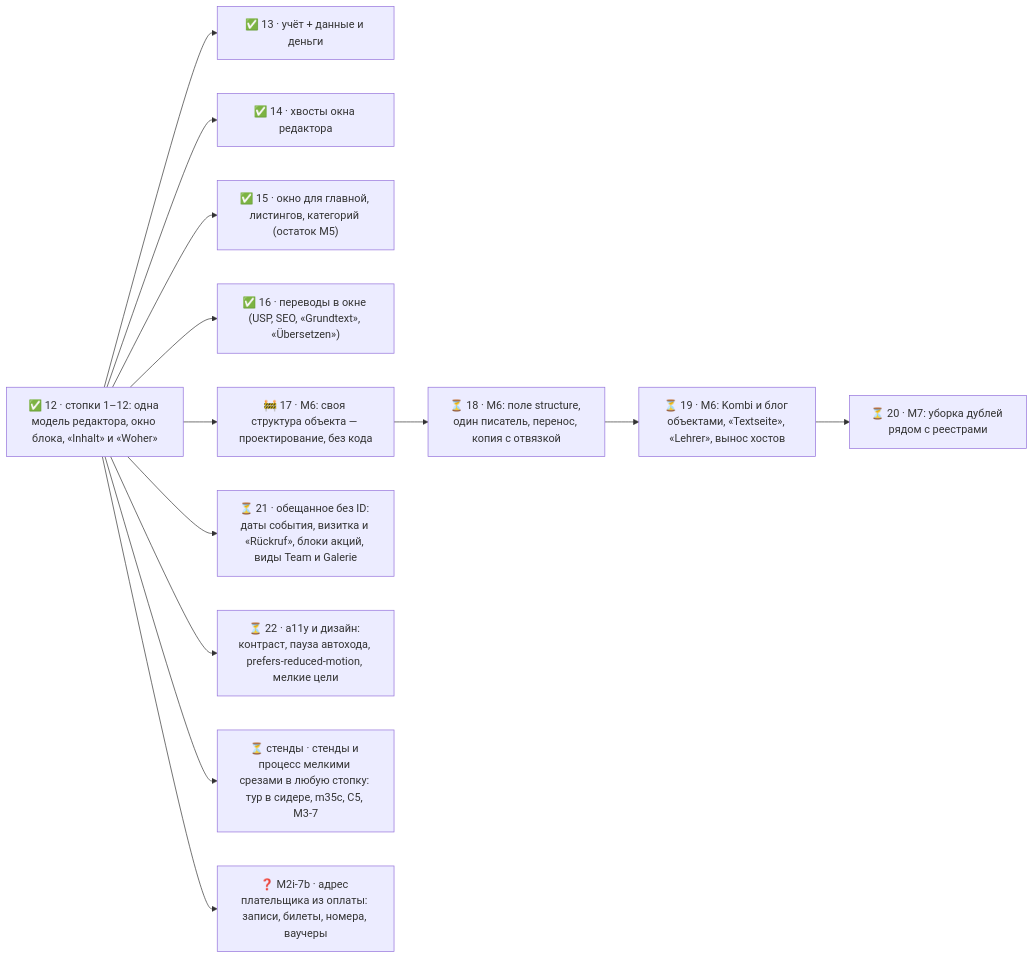
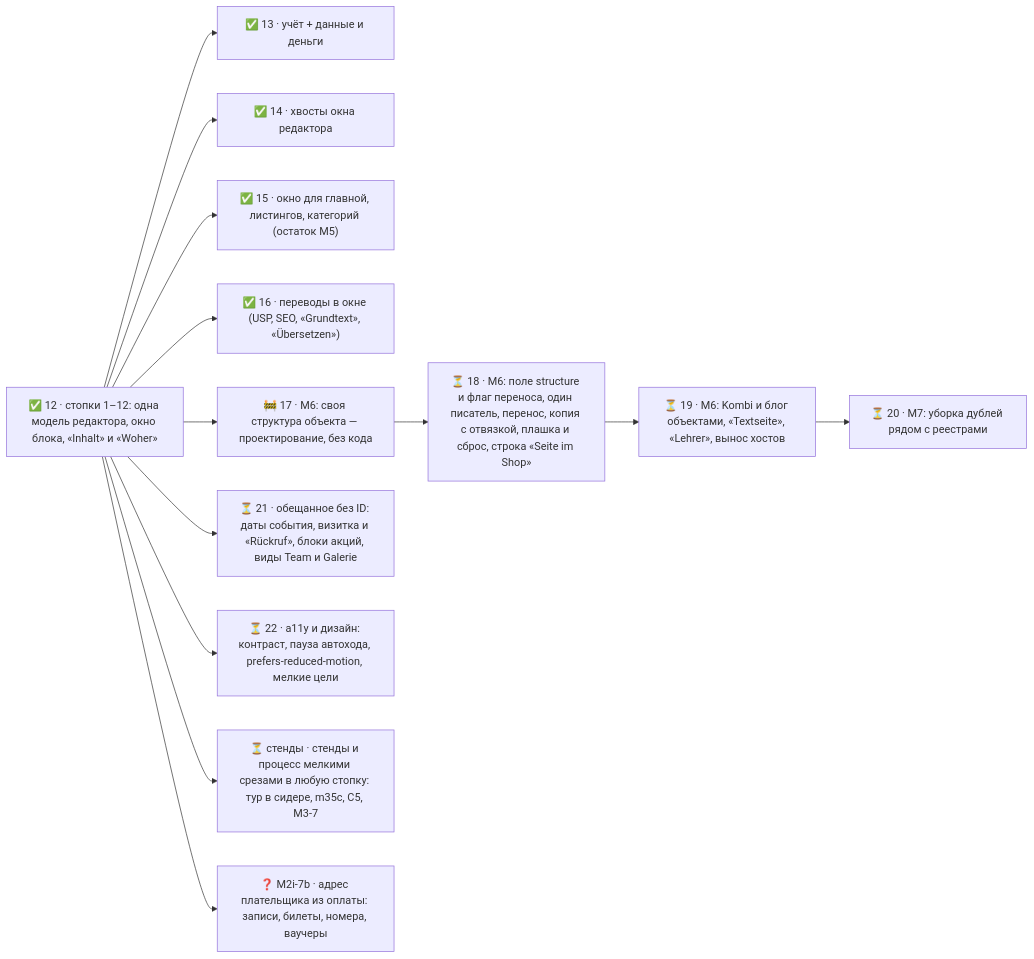
The diagram in docs/fb33-map.md (yppolyakov-wq/siteadaptor-platform), drawn with Mermaid before and after one commit. The commit also changed other lines of this file and 6 other files, not shown here.

````diff
--- a/docs/fb33-map.md
+++ b/docs/fb33-map.md
@@ -37,28 +37,28 @@
 ```mermaid
 flowchart LR
   s12["✅ 12 · стопки 1–12: одна модель редактора, окно блока, «Inhalt» и «Woher»"]
   s13["✅ 13 · учёт + данные и деньги"]
   s14["✅ 14 · хвосты окна редактора"]
   s15["✅ 15 · окно для главной, листингов, категорий (остаток M5)"]
   s16["✅ 16 · переводы в окне (USP, SEO, «Grundtext», «Übersetzen»)"]
   s17["🚧 17 · M6: своя структура объекта — проектирование, без кода"]
-  s18["⏳ 18 · M6: поле structure, один писатель, перенос, копия с отвязкой"]
+  s18["⏳ 18 · M6: поле structure и флаг переноса, один писатель, перенос, копия с отвязкой, плашка и сброс, строка «Seite im Shop»"]
   s19["⏳ 19 · M6: Kombi и блог объектами, «Textseite», «Lehrer», вынос хостов"]
   s20["⏳ 20 · M7: уборка дублей рядом с реестрами"]
   s21["⏳ 21 · обещанное без ID: даты события, визитка и «Rückruf», блоки акций, виды Team и Galerie"]
   s22["⏳ 22 · a11y и дизайн: контраст, пауза автохода, prefers-reduced-motion, мелкие цели"]
   s_u441_u442_u435_u43d_u434_u44b["⏳ стенды · стенды и процесс мелкими срезами в любую стопку: тур в сидере, m35c, C5, M3-7"]
   sM2i_u2d7b["❓ M2i-7b · адрес плательщика из оплаты: записи, билеты, номера, ваучеры"]
   s12 --> s13
   s12 --> s14
   s12 --> s15
   s12 --> s16
   s12 --> s17
   s17 --> s18
   s18 --> s19
   s19 --> s20
   s12 --> s21
   s12 --> s22
   s12 --> s_u441_u442_u435_u43d_u434_u44b
   s12 --> sM2i_u2d7b
 ```
````
